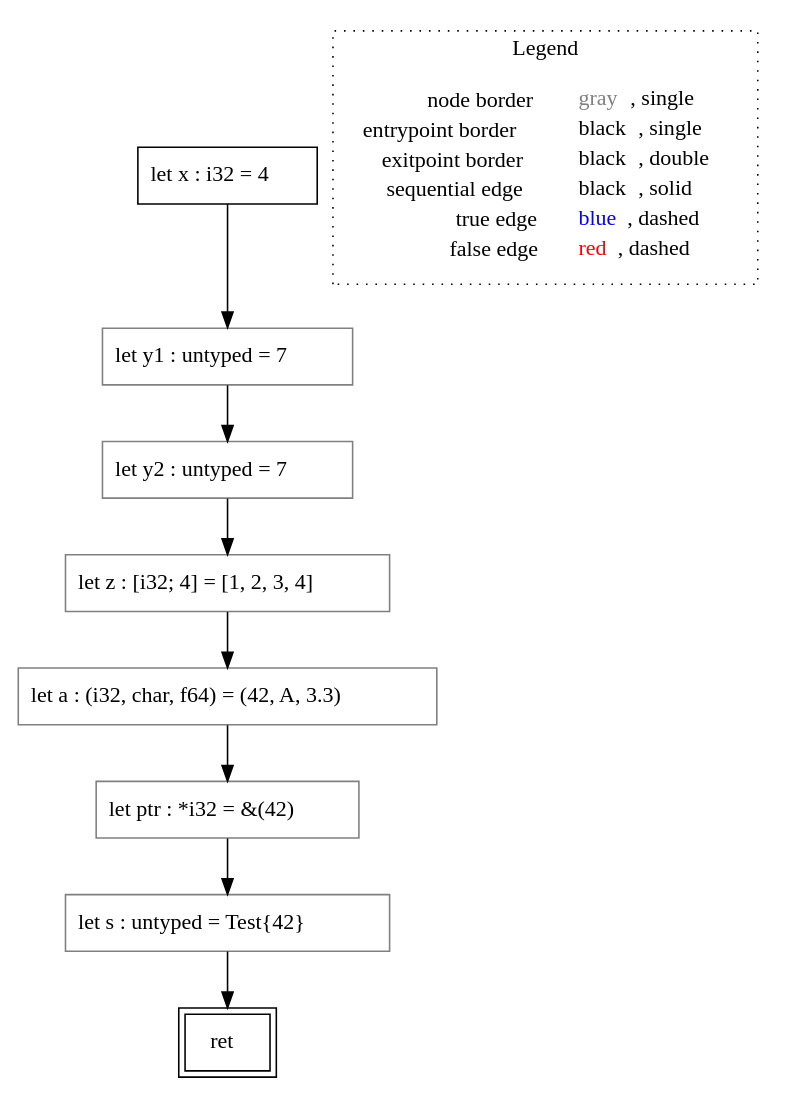
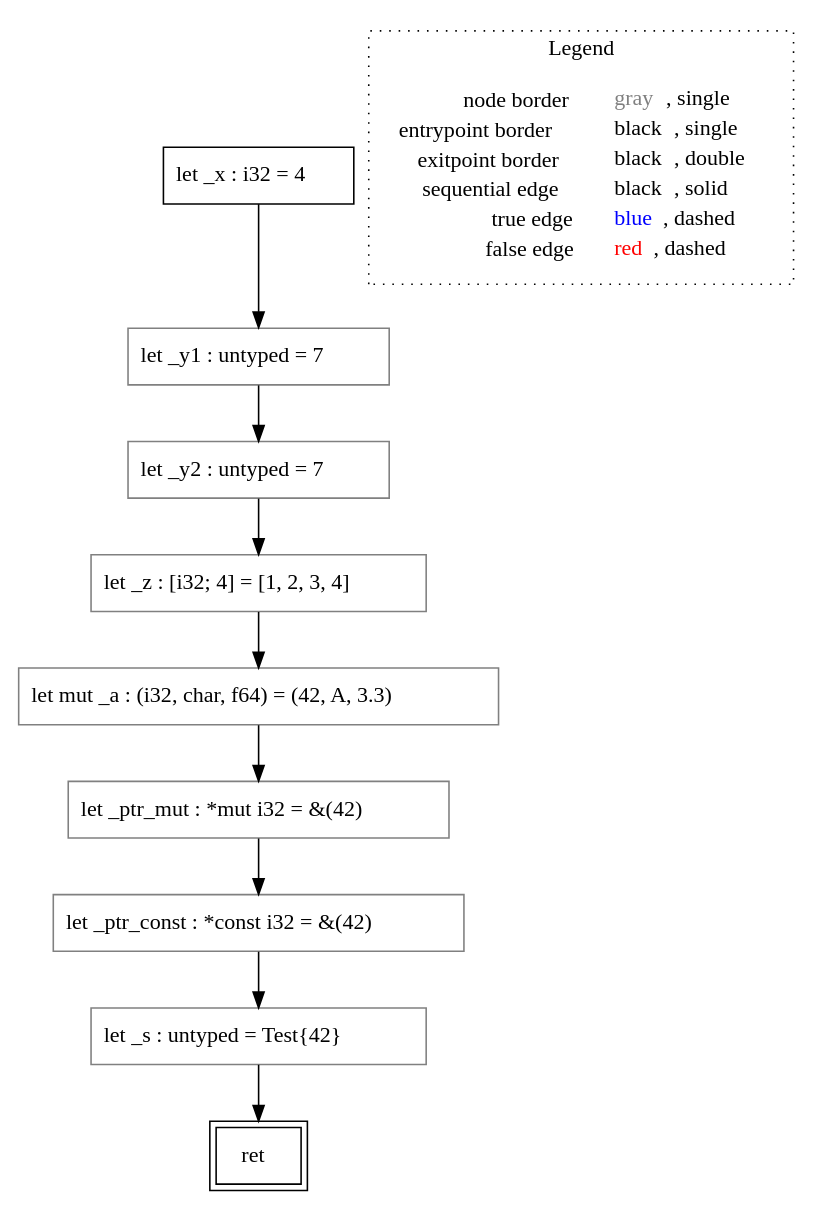
One commit to VincenzoArceri/rust-lisa changed the diagram in rust-lisa/rust-testcases/cfg/type-parsing/()_rust-testcases_cfg_type-parsing_type-parsing.rs.main().dot. Above: the diagram before and after it, drawn with Graphviz. The commit also changed 29 other files, not shown here.

```diff
--- a/rust-lisa/rust-testcases/cfg/type-parsing/()_rust-testcases_cfg_type-parsing_type-parsing.rs.main().dot
+++ b/rust-lisa/rust-testcases/cfg/type-parsing/()_rust-testcases_cfg_type-parsing_type-parsing.rs.main().dot
@@ -1,24 +1,26 @@
 digraph {
-	"node0" [shape="rect",color="black",label=<let x : i32 = 4>];
-	"node1" [shape="rect",color="gray",label=<let y1 : untyped = 7>];
-	"node2" [shape="rect",color="gray",label=<let ptr : *i32 = &amp;(42)>];
-	"node3" [shape="rect",color="gray",label=<let s : untyped = Test{42}>];
-	"node4" [shape="rect",color="black",peripheries="2",label=<ret>];
-	"node5" [shape="rect",color="gray",label=<let y2 : untyped = 7>];
-	"node6" [shape="rect",color="gray",label=<let z : [i32; 4] = [1, 2, 3, 4]>];
-	"node7" [shape="rect",color="gray",label=<let a : (i32, char, f64) = (42, A, 3.3)>];
-	"node1" -> "node5" [color="black"];
-	"node0" -> "node1" [color="black"];
-	"node2" -> "node3" [color="black"];
-	"node3" -> "node4" [color="black"];
-	"node5" -> "node6" [color="black"];
-	"node6" -> "node7" [color="black"];
+	"node0" [shape="rect",color="black",label=<let _x : i32 = 4>];
+	"node1" [shape="rect",color="gray",label=<let mut _a : (i32, char, f64) = (42, A, 3.3)>];
+	"node2" [shape="rect",color="black",peripheries="2",label=<ret>];
+	"node3" [shape="rect",color="gray",label=<let _z : [i32; 4] = [1, 2, 3, 4]>];
+	"node4" [shape="rect",color="gray",label=<let _ptr_mut : *mut i32 = &amp;(42)>];
+	"node5" [shape="rect",color="gray",label=<let _ptr_const : *const i32 = &amp;(42)>];
+	"node6" [shape="rect",color="gray",label=<let _y1 : untyped = 7>];
+	"node7" [shape="rect",color="gray",label=<let _s : untyped = Test{42}>];
+	"node8" [shape="rect",color="gray",label=<let _y2 : untyped = 7>];
+	"node0" -> "node6" [color="black"];
+	"node1" -> "node4" [color="black"];
+	"node3" -> "node1" [color="black"];
+	"node4" -> "node5" [color="black"];
+	"node5" -> "node7" [color="black"];
+	"node6" -> "node8" [color="black"];
 	"node7" -> "node2" [color="black"];
+	"node8" -> "node3" [color="black"];
 subgraph cluster_legend {
 	label="Legend";
 	style=dotted;
 	node [shape=plaintext];
 	"legend" [label=<<table border="0" cellpadding="2" cellspacing="0" cellborder="0"><tr><td align="right">node border&nbsp;</td><td align="left"><font color="gray">gray</font>, single</td></tr><tr><td align="right">entrypoint border&nbsp;</td><td align="left"><font color="black">black</font>, single</td></tr><tr><td align="right">exitpoint border&nbsp;</td><td align="left"><font color="black">black</font>, double</td></tr><tr><td align="right">sequential edge&nbsp;</td><td align="left"><font color="black">black</font>, solid</td></tr><tr><td align="right">true edge&nbsp;</td><td align="left"><font color="blue">blue</font>, dashed</td></tr><tr><td align="right">false edge&nbsp;</td><td align="left"><font color="red">red</font>, dashed</td></tr></table>>];
 }
 
 }
```
